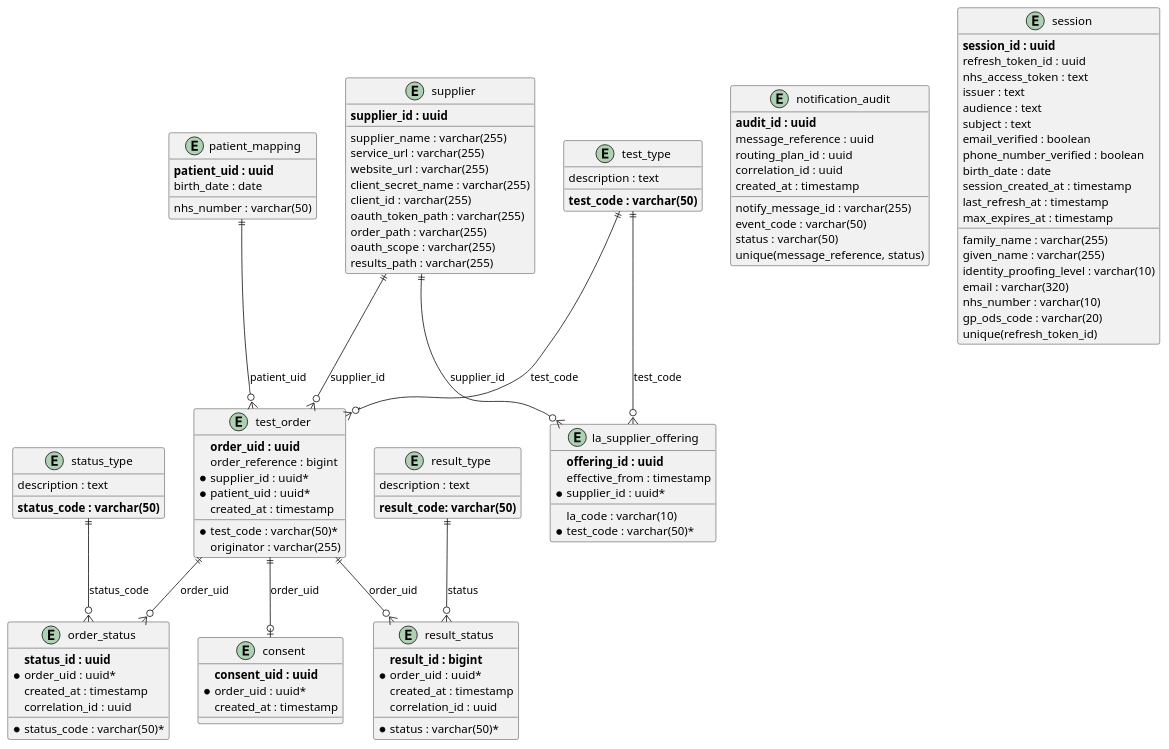
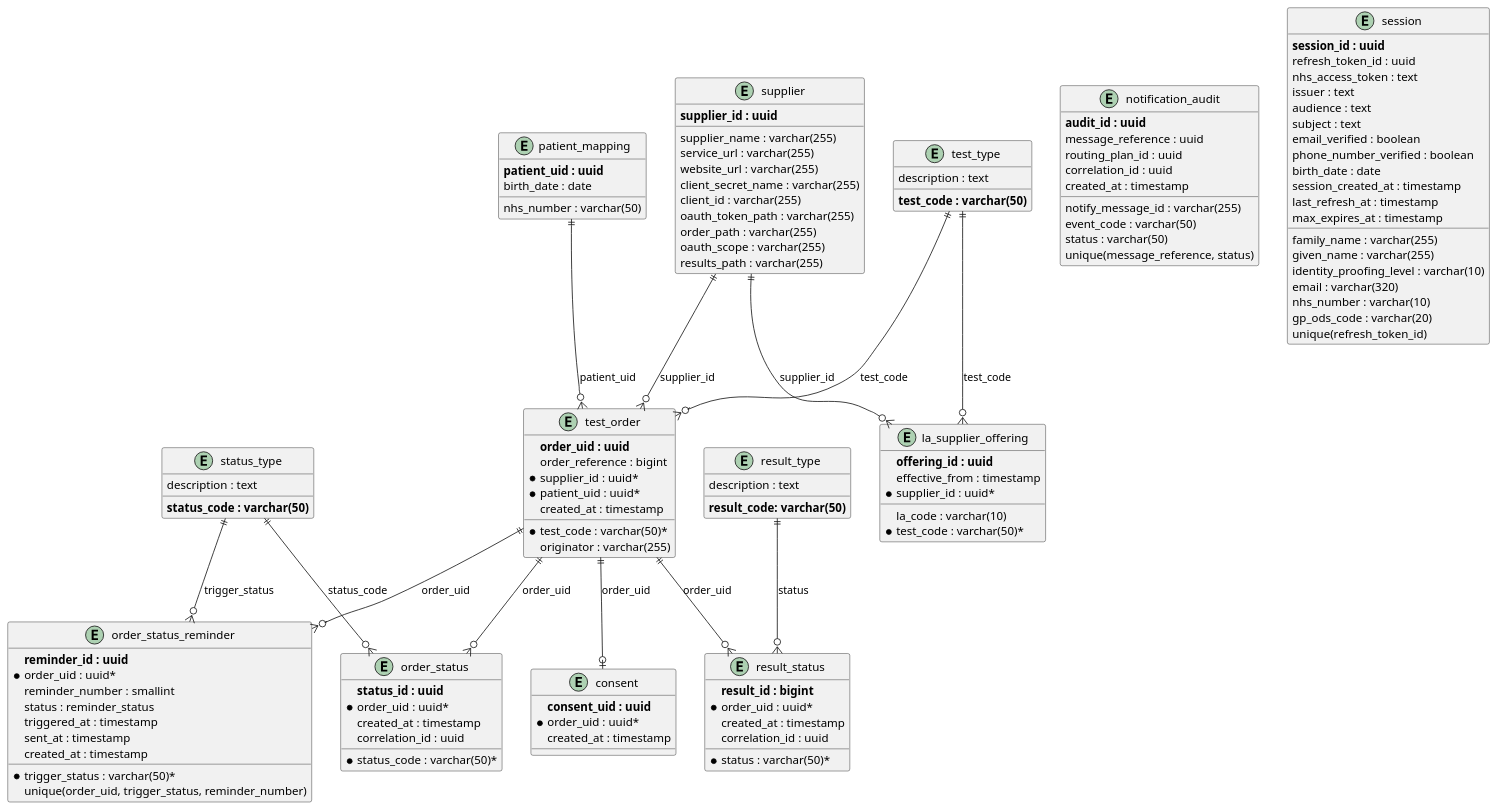
One commit to NHSDigital/hometest-service changed the diagram in database/schema_diagram.puml. Above: the diagram before and after it, drawn with PlantUML. The commit also changed 1 other file, not shown here.

Commit message:
feat: add order_status_reminder table and seed some sample data

```diff
--- a/database/schema_diagram.puml
+++ b/database/schema_diagram.puml
@@ -1,125 +1,139 @@
 @startuml
 entity "patient_mapping" as patient {
   **patient_uid : uuid**
   nhs_number : varchar(50)
   birth_date : date
 }
 
 entity "test_type" as test {
   **test_code : varchar(50)**
   description : text
 }
 
 entity "supplier" as supplier {
   **supplier_id : uuid**
   supplier_name : varchar(255)
   service_url : varchar(255)
   website_url : varchar(255)
   client_secret_name : varchar(255)
   client_id : varchar(255)
   oauth_token_path : varchar(255)
   order_path : varchar(255)
   oauth_scope : varchar(255)
   results_path : varchar(255)
 }
 
 entity "la_supplier_offering" as offering {
   **offering_id : uuid**
   la_code : varchar(10)
   effective_from : timestamp
   *supplier_id : uuid*
   *test_code : varchar(50)*
 }
 
 entity "test_order" as orders {
   **order_uid : uuid**
   order_reference : bigint
   *supplier_id : uuid*
   *patient_uid : uuid*
   *test_code : varchar(50)*
   originator : varchar(255)
   created_at : timestamp
 }
 
 entity "status_type" as status_type {
   **status_code : varchar(50)**
   description : text
 }
 
 entity "order_status" as order_status {
   **status_id : uuid**
   *order_uid : uuid*
   *status_code : varchar(50)*
   created_at : timestamp
   correlation_id : uuid
 }
 
 entity "result_type" as result_type {
   **result_code: varchar(50)**
   description : text
 }
 
 entity "result_status" as result_status {
   **result_id : bigint**
   *order_uid : uuid*
   *status : varchar(50)*
   created_at : timestamp
   correlation_id : uuid
 }
 
 entity "consent" as consent {
   **consent_uid : uuid**
   *order_uid : uuid*
   created_at : timestamp
 }
 
 entity "notification_audit" as notification_audit {
   **audit_id : uuid**
   message_reference : uuid
   notify_message_id : varchar(255)
   event_code : varchar(50)
   routing_plan_id : uuid
   correlation_id : uuid
   status : varchar(50)
   created_at : timestamp
   unique(message_reference, status)
 }
 
 entity "session" as session {
   **session_id : uuid**
   refresh_token_id : uuid
   nhs_access_token : text
   issuer : text
   audience : text
   subject : text
   family_name : varchar(255)
   given_name : varchar(255)
   identity_proofing_level : varchar(10)
   email : varchar(320)
   email_verified : boolean
   phone_number_verified : boolean
   birth_date : date
   nhs_number : varchar(10)
   gp_ods_code : varchar(20)
   session_created_at : timestamp
   last_refresh_at : timestamp
   max_expires_at : timestamp
   unique(refresh_token_id)
 }
 
+entity "order_status_reminder" as order_status_reminder {
+  **reminder_id : uuid**
+  *order_uid : uuid*
+  *trigger_status : varchar(50)*
+  reminder_number : smallint
+  status : reminder_status
+  triggered_at : timestamp
+  sent_at : timestamp
+  created_at : timestamp
+  unique(order_uid, trigger_status, reminder_number)
+}
+
 ' Relationships
 patient ||--o{ orders : "patient_uid"
 supplier ||--o{ orders : "supplier_id"
 test ||--o{ orders : "test_code"
 
 supplier ||--o{ offering : "supplier_id"
 test ||--o{ offering : "test_code"
 
 orders ||--o{ order_status : "order_uid"
 orders ||--o{ result_status : "order_uid"
 orders ||--o| consent : "order_uid"
+orders ||--o{ order_status_reminder : "order_uid"
 
 status_type ||--o{ order_status : "status_code"
+status_type ||--o{ order_status_reminder : "trigger_status"
 result_type ||--o{ result_status : "status"
 
 @enduml
```
